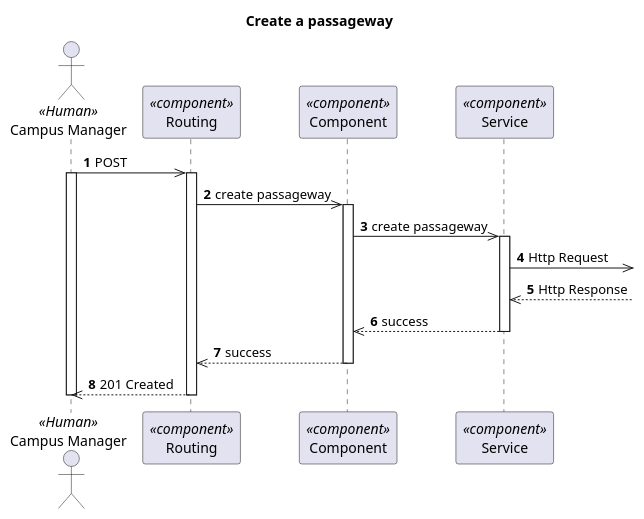
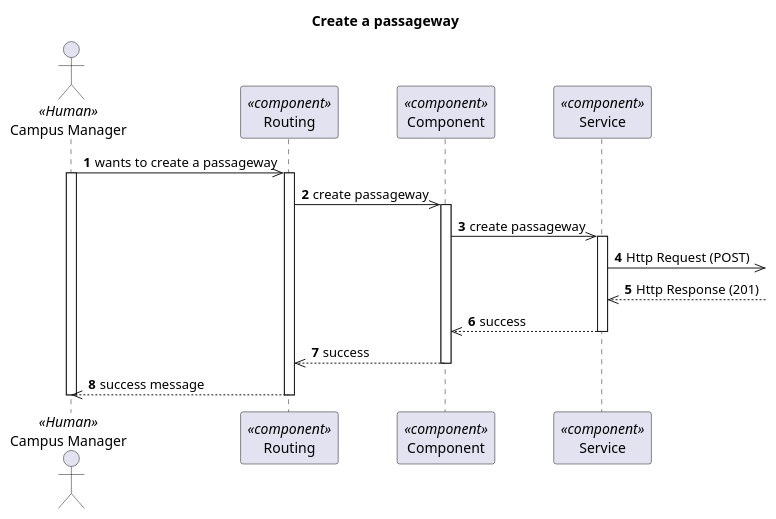
One commit to 1210910/lapr5 changed the diagram in docs/VistaProcesso/US240(1170)/Visualization/ProcessView_Level3_US1170.puml. Above: the diagram before and after it, drawn with PlantUML. The commit also changed 13 other files, not shown here.

Commit message:
Diagrams fix (last commit bug)

```diff
--- a/docs/VistaProcesso/US240(1170)/Visualization/ProcessView_Level3_US1170.puml
+++ b/docs/VistaProcesso/US240(1170)/Visualization/ProcessView_Level3_US1170.puml
@@ -1,35 +1,35 @@
 @startuml Process View - Level 3 - Create a passageway
 
 autonumber
 skinparam packageStyle rect
 
 title Create a passageway
 
 actor "Campus Manager" as CM <<Human>>
 participant "Routing" as routing <<component>>
 participant "Component" as comp <<component>>
 participant "Service" as service <<component>>
 
-CM->> routing : POST
+CM->> routing : wants to create a passageway
 activate CM
 activate routing
 routing ->> comp : create passageway
 
 activate comp
 comp ->> service : create passageway
 
 activate service
-service ->> : Http Request
-service <<-- : Http Response
+service ->> : Http Request (POST)
+service <<-- : Http Response (201)
 
 service -->> comp : success
 deactivate service
 
 comp -->> routing : success
 deactivate comp
 
-CM<<-- routing : 201 Created
+CM<<-- routing : success message
 deactivate routing
 deactivate CM
 
 @enduml
```
